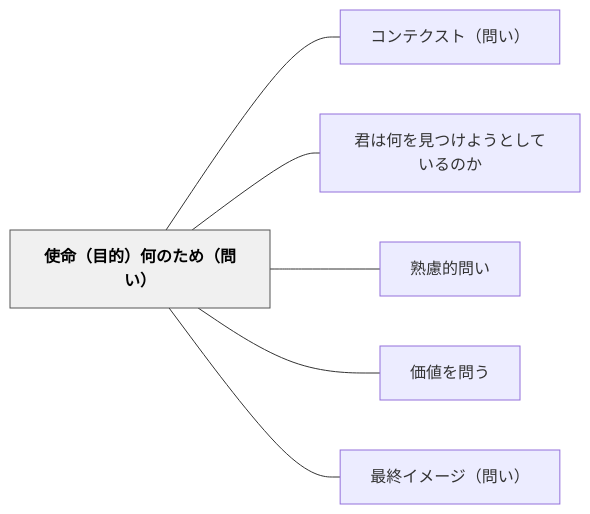
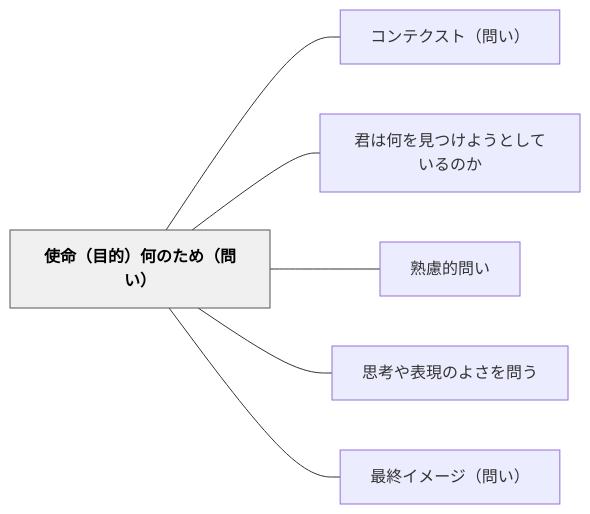
The diagram in content/パタン/使命（目的）何のため（問い）.md (unknownthings-ed-patterns/unknownthings-ed-patterns), drawn with Mermaid before and after one commit. The commit also changed other lines of this file and 37 other files, not shown here.

````diff
--- a/content/パタン/使命（目的）何のため（問い）.md
+++ b/content/パタン/使命（目的）何のため（問い）.md
@@ -49,18 +49,18 @@
 ```mermaid
 flowchart LR
     ne4bdbfe591bdefbc88e79baee79a84efbc89e4bd95e381aee3819fe38281efbc88e5958fe38184efbc89["使命（目的）何のため（問い）"]
     ne382b3e383b3e38386e382afe382b9e38388efbc88e5958fe38184efbc89["コンテクスト（問い）"]
     ne5909be381afe4bd95e38292e8a68be381a4e38191e38288e38186e381a8e38197e381a6e38184e3828be381aee3818b["君は何を見つけようとしているのか"]
     ne7869fe685aee79a84e5958fe38184["熟慮的問い"]
-    ne4bea1e580a4e38292e5958fe38186["価値を問う"]
+    ne6809de88083e38284e8a1a8e78fbee381aee38288e38195e38292e5958fe38186["思考や表現のよさを問う"]
     ne69c80e7b582e382a4e383a1e383bce382b8efbc88e5958fe38184efbc89["最終イメージ（問い）"]
 
     ne4bdbfe591bdefbc88e79baee79a84efbc89e4bd95e381aee3819fe38281efbc88e5958fe38184efbc89 --- ne382b3e383b3e38386e382afe382b9e38388efbc88e5958fe38184efbc89
     ne4bdbfe591bdefbc88e79baee79a84efbc89e4bd95e381aee3819fe38281efbc88e5958fe38184efbc89 --- ne5909be381afe4bd95e38292e8a68be381a4e38191e38288e38186e381a8e38197e381a6e38184e3828be381aee3818b
     ne4bdbfe591bdefbc88e79baee79a84efbc89e4bd95e381aee3819fe38281efbc88e5958fe38184efbc89 --- ne7869fe685aee79a84e5958fe38184
-    ne4bdbfe591bdefbc88e79baee79a84efbc89e4bd95e381aee3819fe38281efbc88e5958fe38184efbc89 --- ne4bea1e580a4e38292e5958fe38186
+    ne4bdbfe591bdefbc88e79baee79a84efbc89e4bd95e381aee3819fe38281efbc88e5958fe38184efbc89 --- ne6809de88083e38284e8a1a8e78fbee381aee38288e38195e38292e5958fe38186
     ne4bdbfe591bdefbc88e79baee79a84efbc89e4bd95e381aee3819fe38281efbc88e5958fe38184efbc89 --- ne69c80e7b582e382a4e383a1e383bce382b8efbc88e5958fe38184efbc89
 
     classDef hub fill:#f0f0f0,stroke:#555,color:#000,font-weight:bold
     class ne4bdbfe591bdefbc88e79baee79a84efbc89e4bd95e381aee3819fe38281efbc88e5958fe38184efbc89 hub
 ```
````
